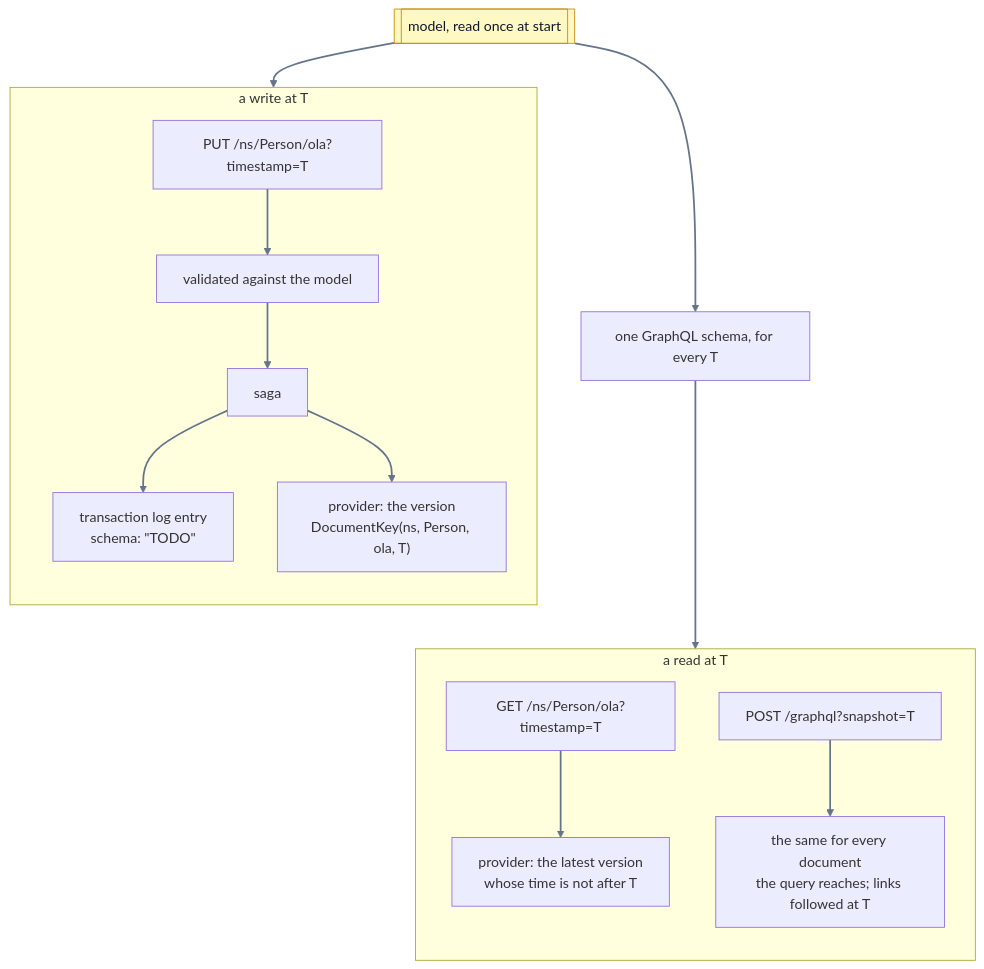
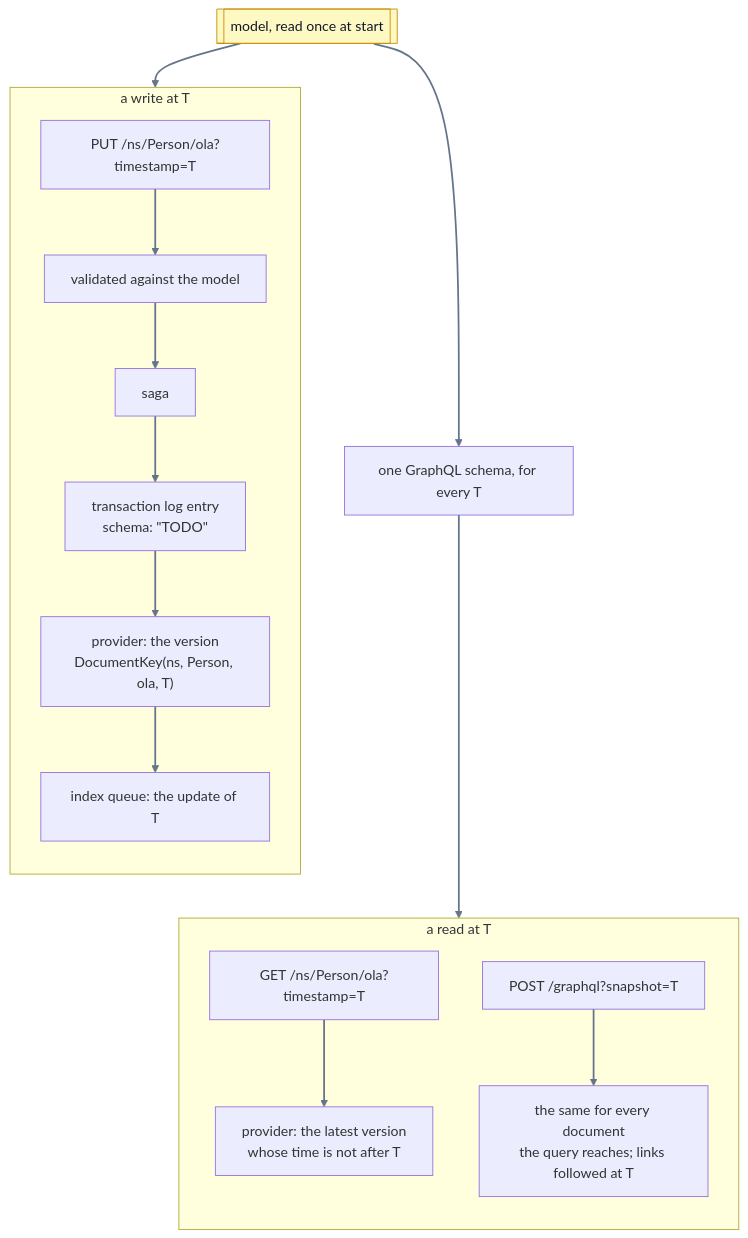
The fourth of 4 diagrams in docs/developer/architecture.md (descoped/linked-data-store-project), drawn with Mermaid before and after one commit. The commit also changed other lines of this file and 67 other files, not shown here.

````diff
--- a/docs/developer/architecture.md
+++ b/docs/developer/architecture.md
@@ -250,19 +470,20 @@
 ```mermaid
 flowchart TB
     model[["model, read once at start"]]
     subgraph write["a write at T"]
         direction TB
         w["PUT /ns/Person/ola?timestamp=T"] --> v["validated against the model"] --> s["saga"]
         s --> tx["transaction log entry<br/>schema: #quot;TODO#quot;"]
-        s --> p["provider: the version<br/>DocumentKey(ns, Person, ola, T)"]
+        tx --> p["provider: the version<br/>DocumentKey(ns, Person, ola, T)"]
+        p --> iq["index queue: the update of T"]
     end
     subgraph read["a read at T"]
         direction TB
         rest["GET /ns/Person/ola?timestamp=T"] --> q["provider: the latest version<br/>whose time is not after T"]
         gq["POST /graphql?snapshot=T"] --> q2["the same for every document<br/>the query reaches; links followed at T"]
     end
     model --> v
     model --> g["one GraphQL schema, for every T"] --> gq
     style model fill:#fef9c3,stroke:#ca8a04,color:#0f172a
     linkStyle default stroke:#64748b,stroke-width:2px
 ```
````
